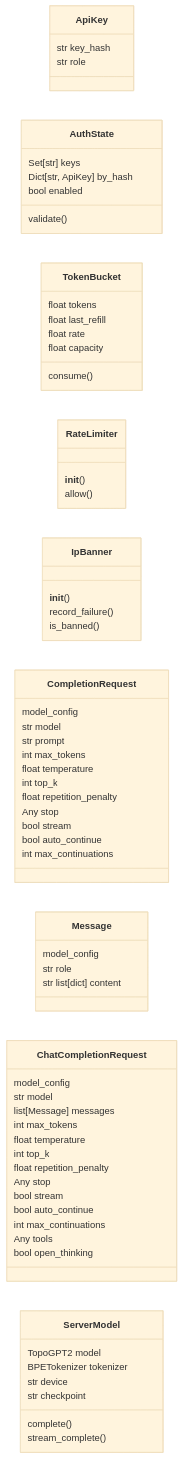
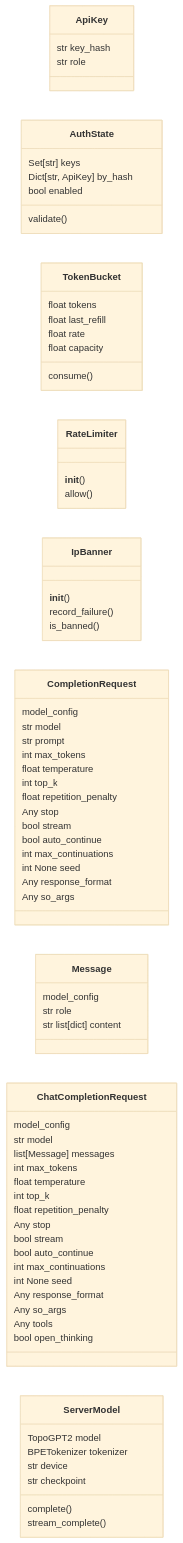
Before and after one commit to grisuno/TopoGPT3: the first of 2 diagrams in readmenator-apidocs/modules/topogpt3.api_server.py.md, drawn with Mermaid (base theme). The commit also changed other lines of this file and 101 other files, not shown here.

````diff
--- a/readmenator-apidocs/modules/topogpt3.api_server.py.md
+++ b/readmenator-apidocs/modules/topogpt3.api_server.py.md
@@ -62,62 +62,68 @@
 ```mermaid
 classDiagram
     direction LR
     class ApiKey
     ApiKey : str key_hash
     ApiKey : str role
     class AuthState
     AuthState : Set[str] keys
     AuthState : Dict[str, ApiKey] by_hash
     AuthState : bool enabled
     AuthState : validate()
     class TokenBucket
     TokenBucket : float tokens
     TokenBucket : float last_refill
     TokenBucket : float rate
     TokenBucket : float capacity
     TokenBucket : consume()
     class RateLimiter
     RateLimiter : __init__()
     RateLimiter : allow()
     class IpBanner
     IpBanner : __init__()
     IpBanner : record_failure()
     IpBanner : is_banned()
     class CompletionRequest
     CompletionRequest : model_config
     CompletionRequest : str model
     CompletionRequest : str prompt
     CompletionRequest : int max_tokens
     CompletionRequest : float temperature
     CompletionRequest : int top_k
     CompletionRequest : float repetition_penalty
     CompletionRequest : Any stop
     CompletionRequest : bool stream
     CompletionRequest : bool auto_continue
     CompletionRequest : int max_continuations
+    CompletionRequest : int  None seed
+    CompletionRequest : Any response_format
+    CompletionRequest : Any so_args
     class Message
     Message : model_config
     Message : str role
     Message : str  list[dict] content
     class ChatCompletionRequest
     ChatCompletionRequest : model_config
     ChatCompletionRequest : str model
     ChatCompletionRequest : list[Message] messages
     ChatCompletionRequest : int max_tokens
     ChatCompletionRequest : float temperature
     ChatCompletionRequest : int top_k
     ChatCompletionRequest : float repetition_penalty
     ChatCompletionRequest : Any stop
     ChatCompletionRequest : bool stream
     ChatCompletionRequest : bool auto_continue
     ChatCompletionRequest : int max_continuations
+    ChatCompletionRequest : int  None seed
+    ChatCompletionRequest : Any response_format
+    ChatCompletionRequest : Any so_args
     ChatCompletionRequest : Any tools
     ChatCompletionRequest : bool open_thinking
     class ServerModel
     ServerModel : TopoGPT2 model
     ServerModel : BPETokenizer tokenizer
     ServerModel : str device
     ServerModel : str checkpoint
     ServerModel : complete()
     ServerModel : stream_complete()
 ```
````
